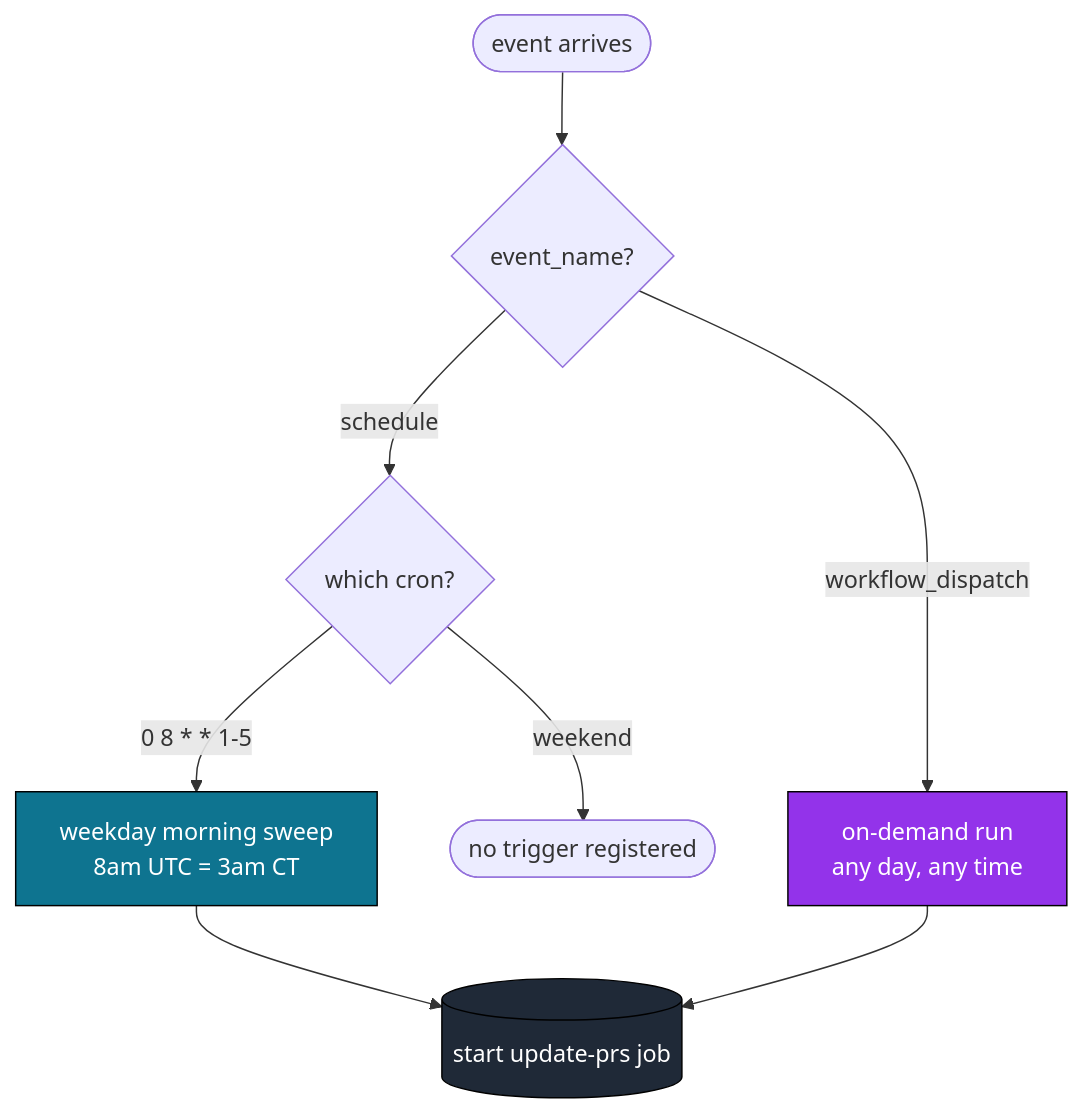
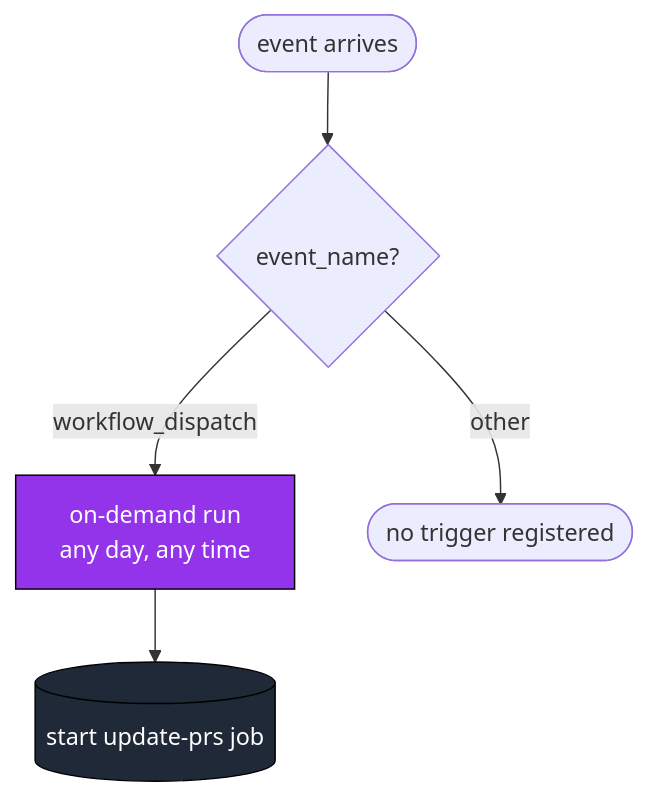
One commit to gregreindel/llm-exe changed the second of 9 diagrams in .github/docs/UPDATE_PRS_DEEP_DIVE.md. Above: the diagram before and after it, drawn with Mermaid. The commit also changed other lines of this file and 5 other files, not shown here.

````diff
--- a/.github/docs/UPDATE_PRS_DEEP_DIVE.md
+++ b/.github/docs/UPDATE_PRS_DEEP_DIVE.md
@@ -78,18 +76,13 @@
 ```mermaid
 flowchart TB
-    classDef cron fill:#0e7490,color:#fff,stroke:#000
     classDef manual fill:#9333ea,color:#fff,stroke:#000
     classDef out fill:#1f2937,color:#fff,stroke:#000
 
     start([event arrives])
     start --> ev{event_name?}
 
-    ev -->|schedule| sch{which cron?}
     ev -->|workflow_dispatch| disp[on-demand run\nany day, any time]:::manual
+    ev -->|other| skip([no trigger registered])
 
-    sch -->|0 8 * * 1-5| wk[weekday morning sweep\n8am UTC = 3am CT]:::cron
-    sch -->|weekend| skip([no trigger registered])
-
-    wk --> run[(start update-prs job)]:::out
-    disp --> run
+    disp --> run[(start update-prs job)]:::out
 ```
````
